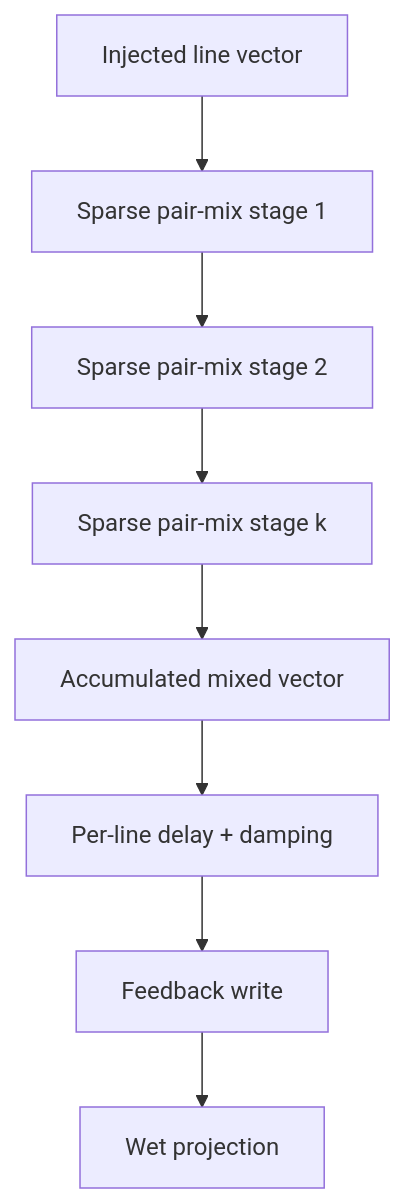
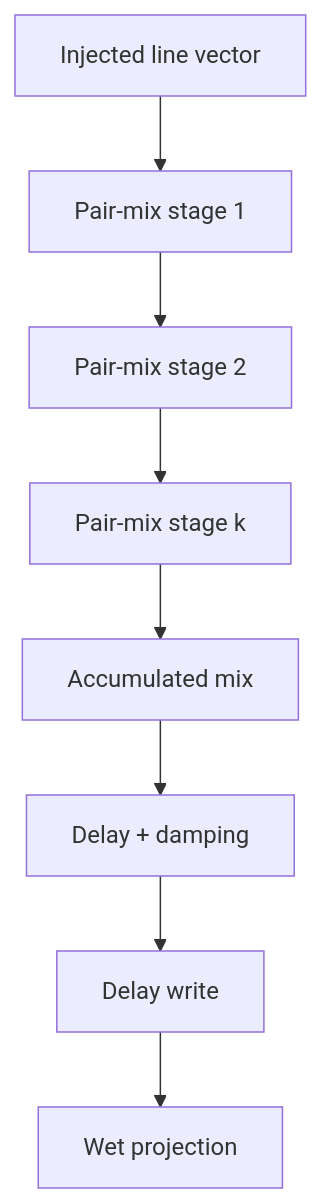
The ninth of 15 diagrams in README.md (TheColby/verbx), drawn with Mermaid before and after one commit. The commit also changed other lines of this file, not shown here.

Commit message:
docs: improve FDN diagrams and add detailed DSP flow section

````diff
--- a/README.md
+++ b/README.md
@@ -1528,10 +1534,10 @@
 ```mermaid
 flowchart TD
-  A["Injected line vector"] --> B["Sparse pair-mix stage 1"]
-  B --> C["Sparse pair-mix stage 2"]
-  C --> D["Sparse pair-mix stage k"]
-  D --> E["Accumulated mixed vector"]
-  E --> F["Per-line delay + damping"]
-  F --> G["Feedback write"]
-  G --> H["Wet projection"]
+  U["Injected line vector"] --> P1["Pair-mix stage 1"]
+  P1 --> P2["Pair-mix stage 2"]
+  P2 --> PK["Pair-mix stage k"]
+  PK --> ACC["Accumulated mix"]
+  ACC --> LOOP["Delay + damping"]
+  LOOP --> W["Delay write"]
+  W --> OUT["Wet projection"]
 ```
````
